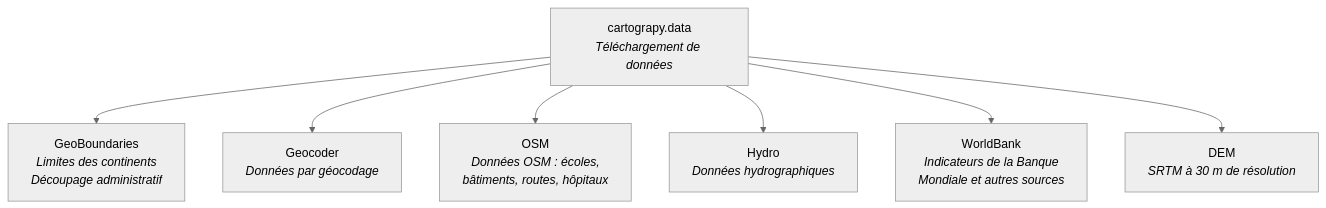
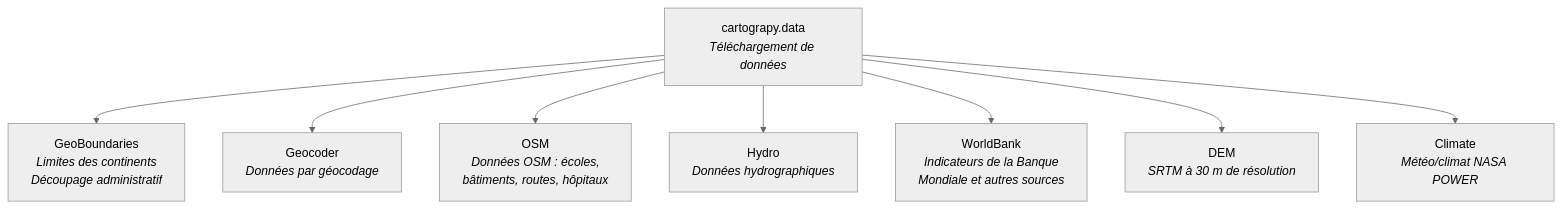
One commit to Mr-KAM/cartograpy changed the second of 2 diagrams in docs/site/index.qmd. Above: the diagram before and after it, drawn with Mermaid (neutral theme). The commit also changed other lines of this file and 97 other files, not shown here.

````diff
--- a/docs/site/index.qmd
+++ b/docs/site/index.qmd
@@ -70,10 +71,11 @@
 ```{mermaid}
 graph TD
     A[cartograpy.data<br><i>Téléchargement de données</i>]
     A --> B[GeoBoundaries<br><i>Limites des continents<br>Découpage administratif</i>]
     A --> C[Geocoder<br><i>Données par géocodage</i>]
     A --> D[OSM<br><i>Données OSM : écoles,<br>bâtiments, routes, hôpitaux</i>]
     A --> E[Hydro<br><i>Données hydrographiques</i>]
     A --> F[WorldBank<br><i>Indicateurs de la Banque<br>Mondiale et autres sources</i>]
     A --> G[DEM<br><i>SRTM à 30 m de résolution</i>]
+    A --> H[Climate<br><i>Météo/climat NASA POWER</i>]
 ```
````
